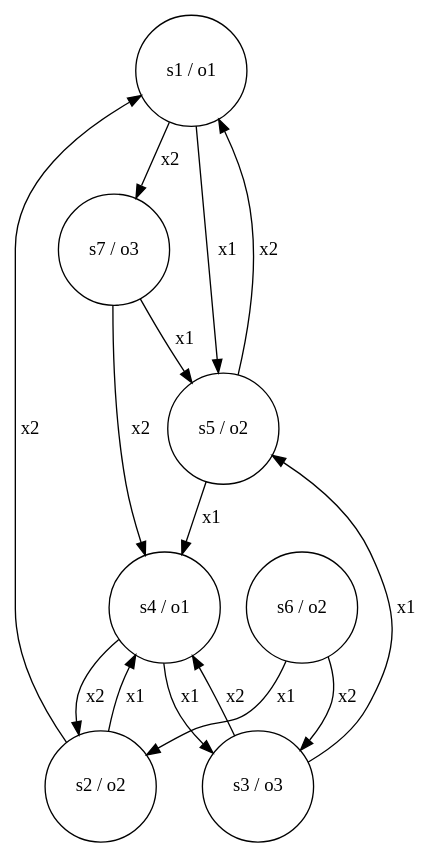
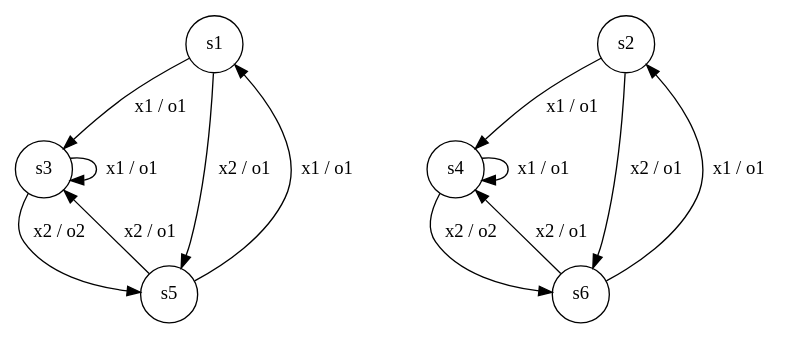
The diagram in Automata/normal_machine.dot (iandreyshev/AutomataTheory), drawn with Graphviz before and after one commit. The commit also changed 12 other files, not shown here.

```diff
--- a/Automata/normal_machine.dot
+++ b/Automata/normal_machine.dot
@@ -1,23 +1,20 @@
 digraph G{
-1 [shape="circle"label="s1 / o1"];
-1->5 [label="x1 "];
-1->7 [label="x2 "];
-2 [shape="circle"label="s2 / o2"];
-2->4 [label="x1 "];
-2->1 [label="x2 "];
-3 [shape="circle"label="s3 / o3"];
-3->5 [label="x1 "];
-3->4 [label="x2 "];
-4 [shape="circle"label="s4 / o1"];
-4->3 [label="x1 "];
-4->2 [label="x2 "];
-5 [shape="circle"label="s5 / o2"];
-5->4 [label="x1 "];
-5->1 [label="x2 "];
-6 [shape="circle"label="s6 / o2"];
-6->2 [label="x1 "];
-6->3 [label="x2 "];
-7 [shape="circle"label="s7 / o3"];
-7->5 [label="x1 "];
-7->4 [label="x2 "];
+1 [shape="circle"label="s1"];
+1->3 [label="x1 / o1 "];
+1->5 [label="x2 / o1 "];
+2 [shape="circle"label="s2"];
+2->4 [label="x1 / o1 "];
+2->6 [label="x2 / o1 "];
+3 [shape="circle"label="s3"];
+3->3 [label="x1 / o1 "];
+3->5 [label="x2 / o2 "];
+4 [shape="circle"label="s4"];
+4->4 [label="x1 / o1 "];
+4->6 [label="x2 / o2 "];
+5 [shape="circle"label="s5"];
+5->1 [label="x1 / o1 "];
+5->3 [label="x2 / o1 "];
+6 [shape="circle"label="s6"];
+6->2 [label="x1 / o1 "];
+6->4 [label="x2 / o1 "];
 }
```
